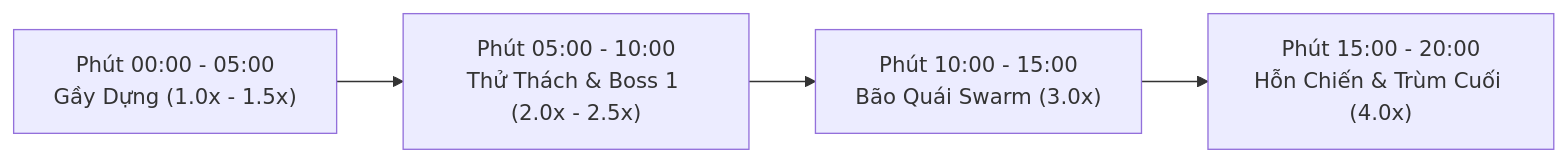
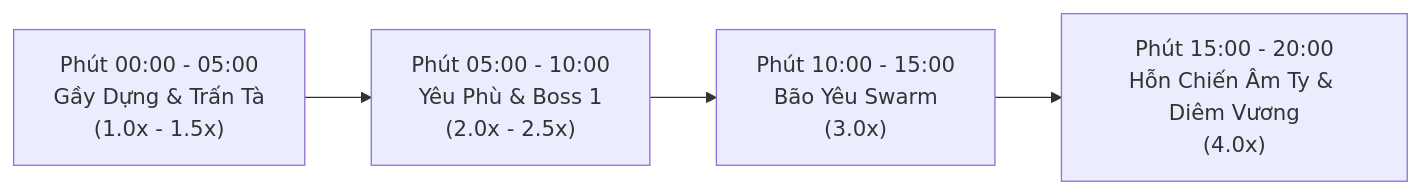
The diagram in GameDesignDoc/LEVEL_SCENARIO_GUIDE.md (thuongtran1210/Projectzombie), drawn with Mermaid before and after one commit. The commit also changed other lines of this file and 72 other files, not shown here.

Commit message:
feat: implement core gameplay systems including Yin-Yang elemental mechanics, weapon data, upgrade management, and UI presenter architecture

````diff
--- a/GameDesignDoc/LEVEL_SCENARIO_GUIDE.md
+++ b/GameDesignDoc/LEVEL_SCENARIO_GUIDE.md
@@ -26,5 +27,5 @@
 ```mermaid
 flowchart LR
-    P1["Phút 00:00 - 05:00\nGầy Dựng (1.0x - 1.5x)"] --> P2["Phút 05:00 - 10:00\nThử Thách & Boss 1 (2.0x - 2.5x)"]
-    P2 --> P3["Phút 10:00 - 15:00\nBão Quái Swarm (3.0x)"] --> P4["Phút 15:00 - 20:00\nHỗn Chiến & Trùm Cuối (4.0x)"]
+    P1["Phút 00:00 - 05:00\nGầy Dựng & Trấn Tà\n(1.0x - 1.5x)"] --> P2["Phút 05:00 - 10:00\nYêu Phù & Boss 1\n(2.0x - 2.5x)"]
+    P2 --> P3["Phút 10:00 - 15:00\nBão Yêu Swarm\n(3.0x)"] --> P4["Phút 15:00 - 20:00\nHỗn Chiến Âm Ty & Diêm Vương\n(4.0x)"]
 ```
````
